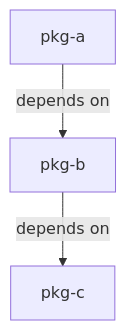
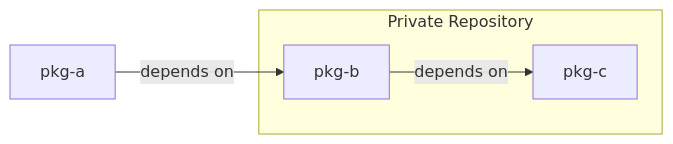
Before and after one commit to lukany/poetry-bug-reconstruction: the diagram in README.md, drawn with Mermaid. The commit also changed 1 other file, not shown here.

````diff
--- a/README.md
+++ b/README.md
@@ -17,4 +17,8 @@
 ```mermaid
-graph TD
+graph LR
+subgraph Private Repository
+    pkg-b
+    pkg-c
+end
 pkg-a[pkg-a] --depends on--> pkg-b --depends on--> pkg-c
 ```
````
